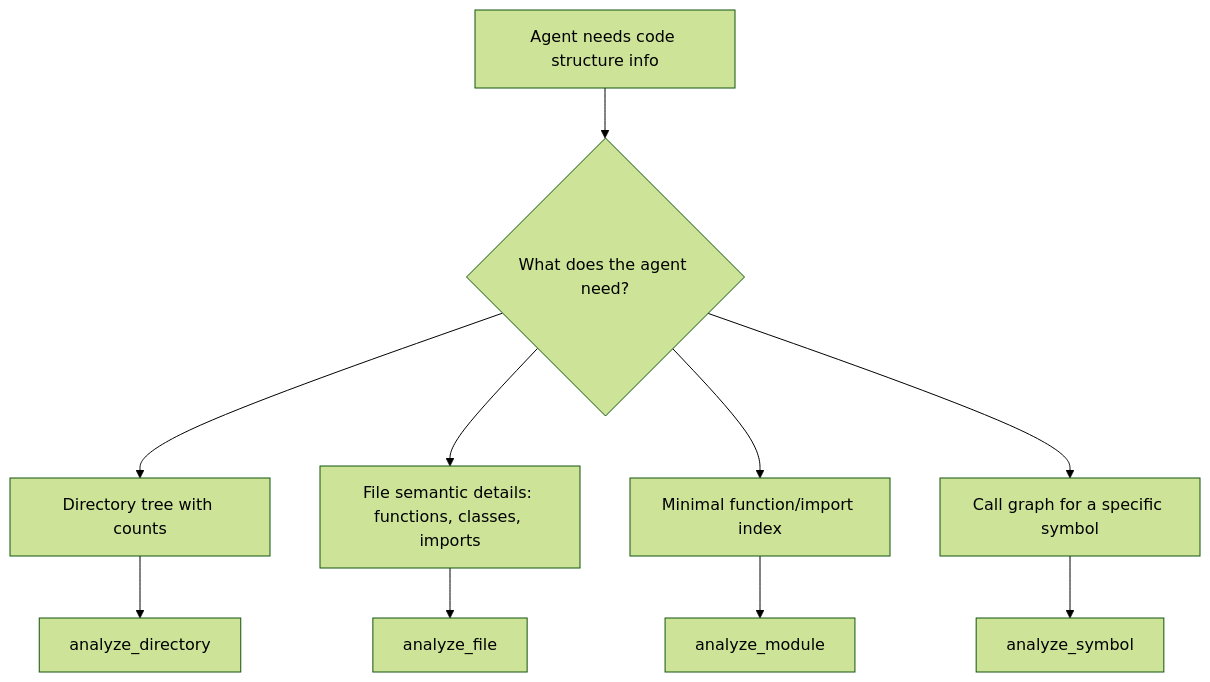
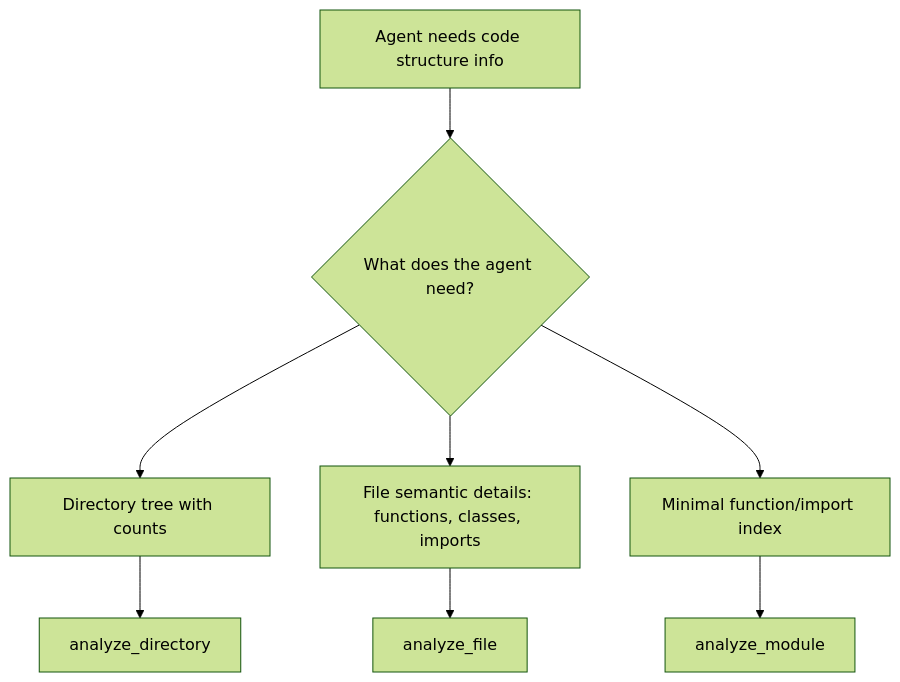
The first of 2 diagrams in docs/DESIGN-GUIDE.md (clouatre-labs/aptu-coder), drawn with Mermaid (forest theme) before and after one commit. The commit also changed other lines of this file and 64 other files, not shown here.

First line of the commit message:
feat(api)!: remove analyze_symbol tool; re-home graph warm-up to analyze_directory (#1819)

````diff
--- a/docs/DESIGN-GUIDE.md
+++ b/docs/DESIGN-GUIDE.md
@@ -26,12 +26,10 @@
 ```mermaid
 graph TD
     A[Agent needs code structure info] --> B{What does the agent need?}
     B --> C[Directory tree with counts]
     B --> D[File semantic details: functions, classes, imports]
     B --> E[Minimal function/import index]
-    B --> F[Call graph for a specific symbol]
     C --> G[analyze_directory]
     D --> H[analyze_file]
     E --> I[analyze_module]
-    F --> J[analyze_symbol]
 ```
````
